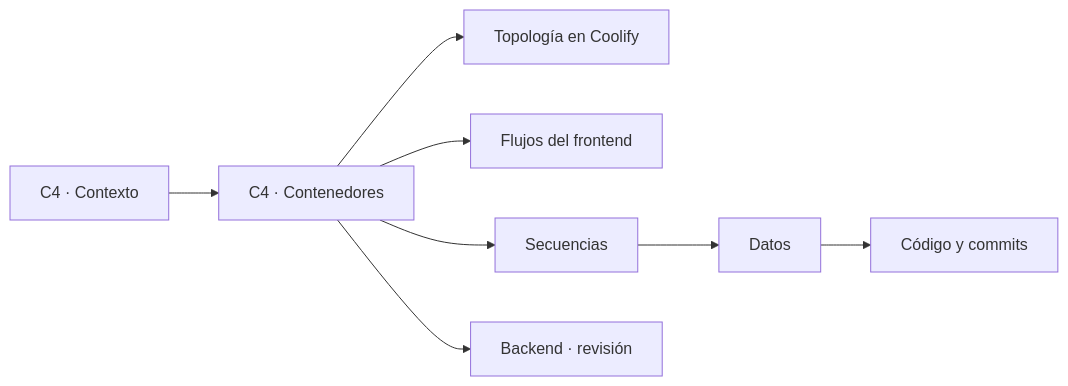
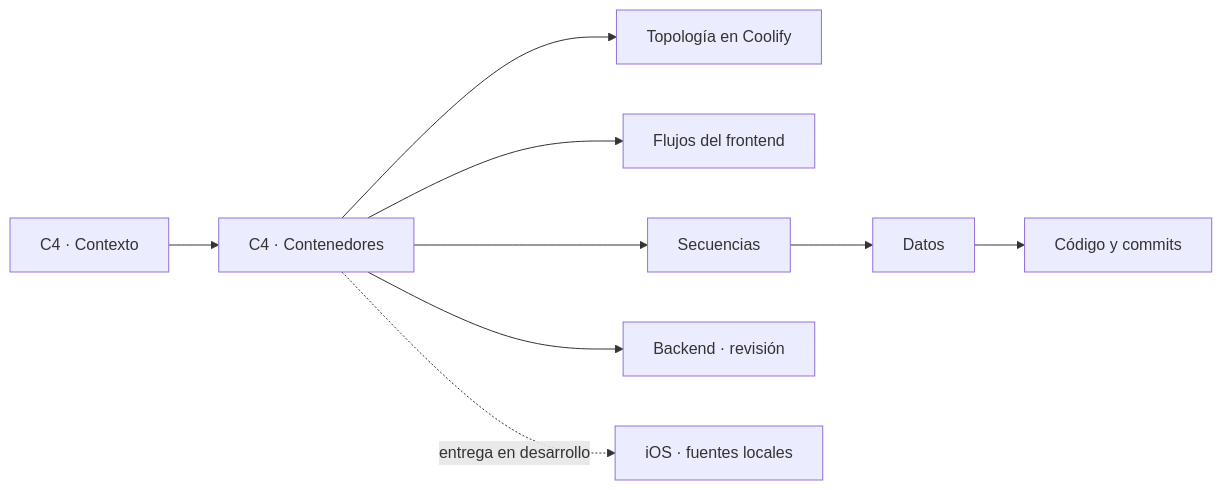
The diagram in docs/00-overview.md (gagonzalez1/puntazo-docs), drawn with Mermaid before and after one commit. The commit also changed other lines of this file and 16 other files, not shown here.

````diff
--- a/docs/00-overview.md
+++ b/docs/00-overview.md
@@ -19,28 +19,31 @@
 ```mermaid
 flowchart LR
     CTX["C4 · Contexto"]
     CNT["C4 · Contenedores"]
     DEP["Topología en Coolify"]
     FEF["Flujos del frontend"]
     SEQ["Secuencias"]
     DATA["Datos"]
     REF["Código y commits"]
     BE["Backend · revisión"]
+    IOS["iOS · fuentes locales"]
 
     CTX --> CNT
     CNT --> DEP
     CNT --> BE
     CNT --> FEF
     CNT --> SEQ
     SEQ --> DATA
     DATA --> REF
+    CNT -. entrega en desarrollo .-> IOS
 
     click CTX href "#/c4-context" "Abrir contexto"
     click CNT href "#/c4-containers" "Abrir contenedores"
     click DEP href "#/coolify-deployment-topology" "Abrir despliegues en Coolify"
     click FEF href "#/frontend-flows" "Abrir flujos"
     click SEQ href "#/sequences" "Abrir secuencias"
     click DATA href "#/data-current" "Abrir datos"
     click REF href "#/documented-commits" "Abrir referencias"
     click BE href "#/backend-review-index" "Abrir revisión del backend"
+    click IOS href "#/ios-development" "Abrir desarrollo iOS"
 ```
````
